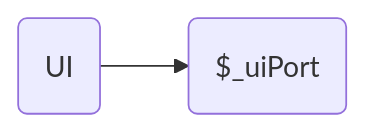
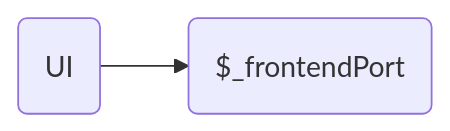
The first of 2 diagrams in docs/README-frontend.template.md (chump29/sober), drawn with Mermaid before and after one commit. The commit also changed other lines of this file and 133 other files, not shown here.

````diff
--- a/docs/README-frontend.template.md
+++ b/docs/README-frontend.template.md
@@ -20,6 +20,6 @@
 ```mermaid
 flowchart LR
 ui@{shape: rounded, label: "UI"}
-uiPort@{shape: rounded, label: "$_uiPort"}
-ui-->uiPort
+port@{shape: rounded, label: "$_frontendPort"}
+ui-->port
 ```
````
